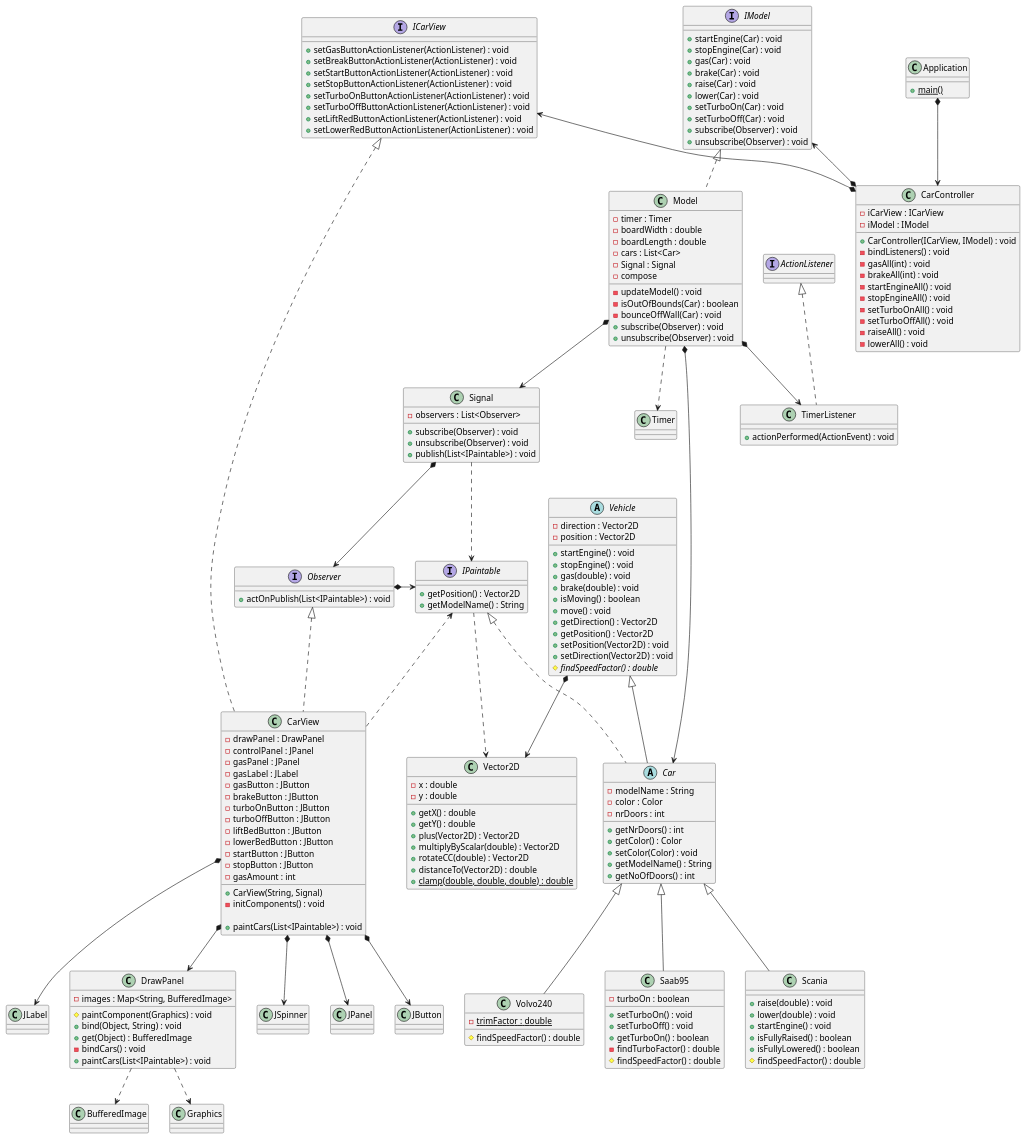
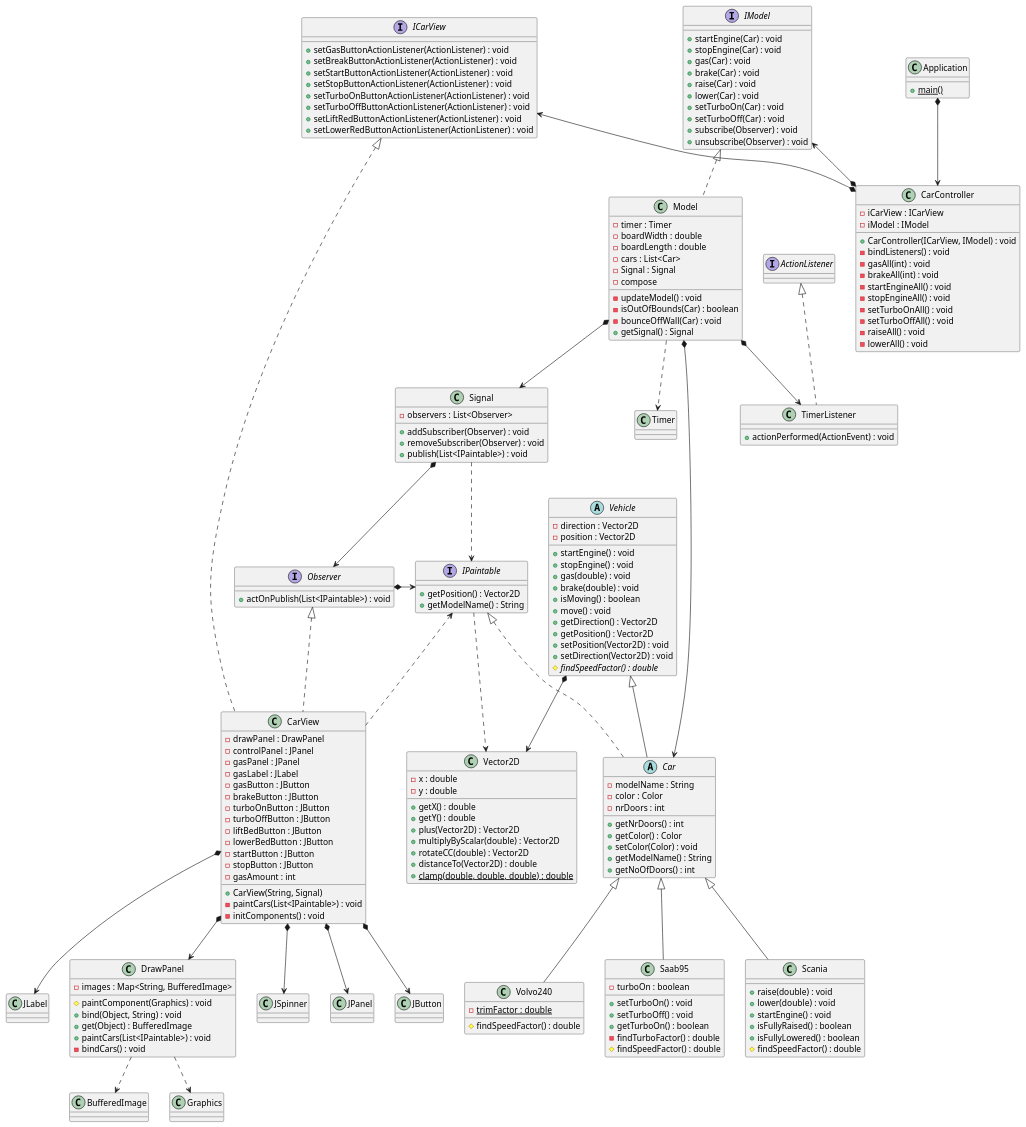
One commit to Yogaledare/dit953-lab2 changed the diagram in src/Uppg4.puml. Above: the diagram before and after it, drawn with PlantUML. The commit also changed other lines of this file, not shown here.

```diff
--- a/src/Uppg4.puml
+++ b/src/Uppg4.puml
@@ -33,8 +33,7 @@
 -compose
 -isOutOfBounds(Car) : boolean
 -bounceOffWall(Car) : void
-+ subscribe(Observer) : void
-+ unsubscribe(Observer) : void
++getSignal() : Signal
 }
 
 Model *--> Car
@@ -92,10 +91,8 @@
 - stopButton : JButton
 - gasAmount : int
 + CarView(String, Signal)
+- paintCars(List<IPaintable>) : void
 - initComponents() : void
-
-+ paintCars(List<IPaintable>) : void
-
 }
 
 class DrawPanel{
@@ -103,8 +100,8 @@
 #paintComponent(Graphics) : void
 + bind(Object, String) : void
 + get(Object) : BufferedImage
++ paintCars(List<IPaintable>) : void
 - bindCars() : void
-+ paintCars(List<IPaintable>) : void
 }
 
 
@@ -227,8 +224,8 @@
 
 class Signal{
 - observers : List<Observer>
-+ subscribe(Observer) : void
-+ unsubscribe(Observer) : void
++ addSubscriber(Observer) : void
++ removeSubscriber(Observer) : void
 + publish(List<IPaintable>) : void
 }
 
```
